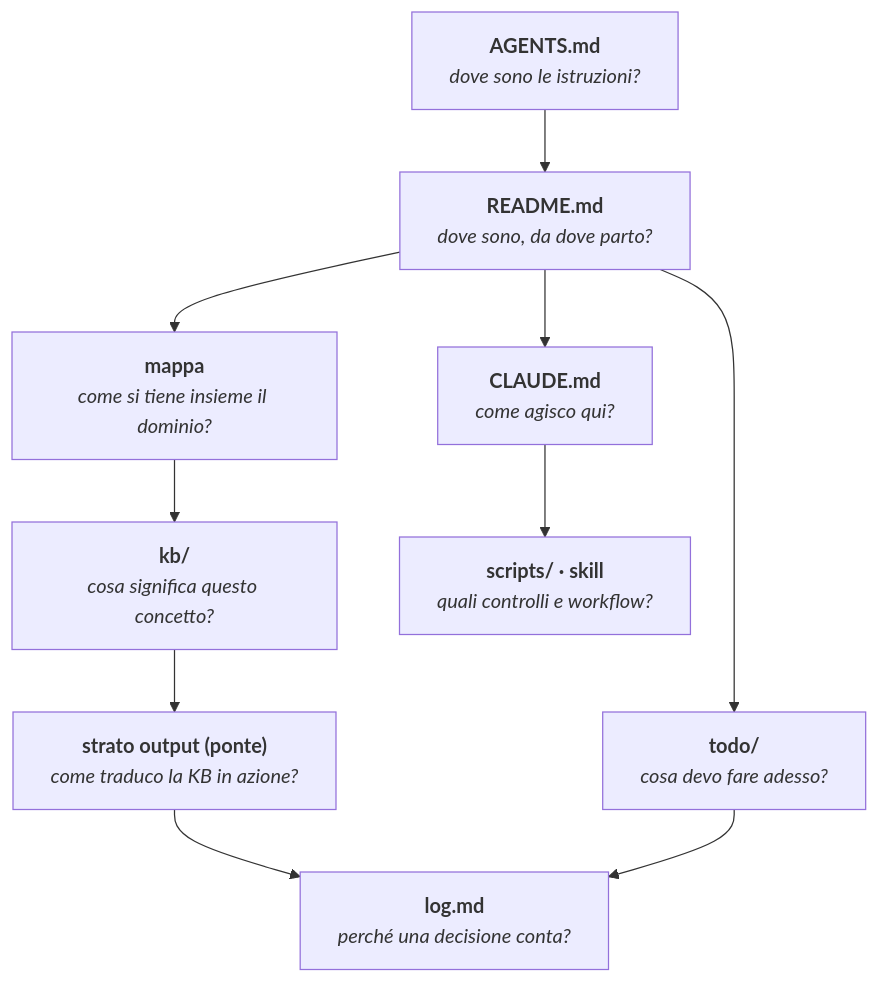
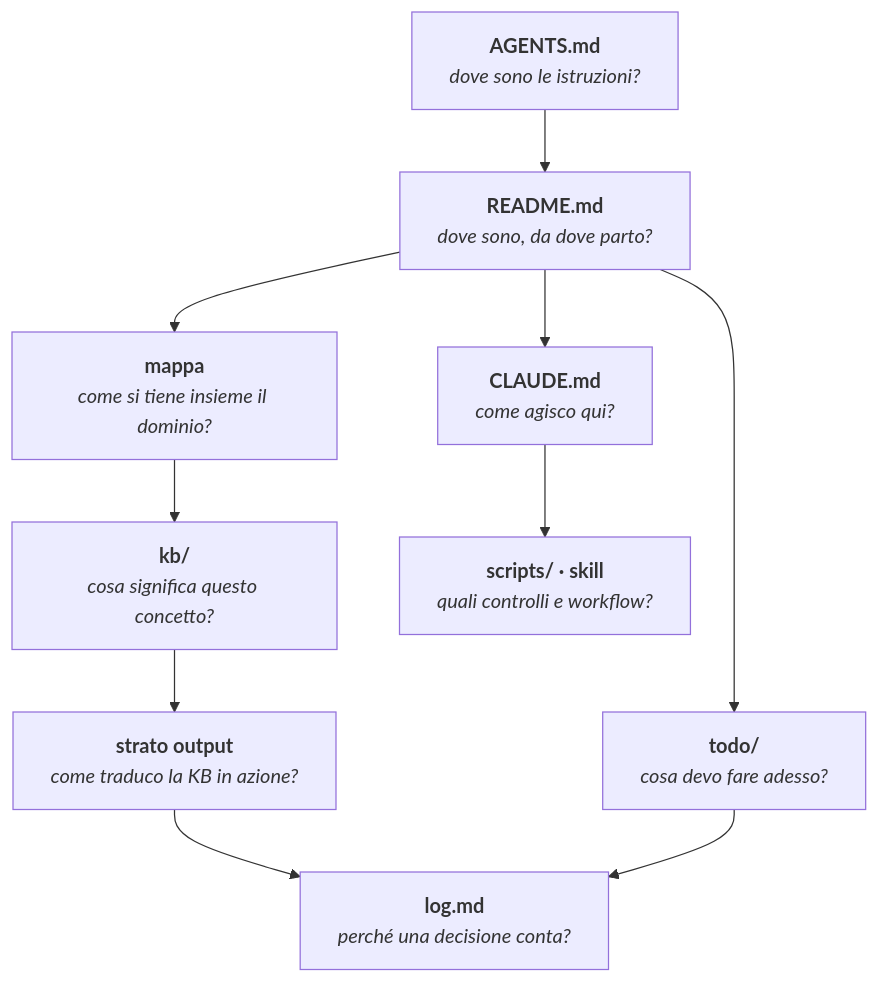
The third of 5 diagrams in presentazione/metodo-in-sintesi.md (steledama/method), drawn with Mermaid before and after one commit. The commit also changed other lines of this file and 18 other files, not shown here.

````diff
--- a/presentazione/metodo-in-sintesi.md
+++ b/presentazione/metodo-in-sintesi.md
@@ -52,22 +56,22 @@
 ```mermaid
 flowchart TB
     A["<b>AGENTS.md</b><br/><i>dove sono le istruzioni?</i>"]
     R["<b>README.md</b><br/><i>dove sono, da dove parto?</i>"]
     C["<b>CLAUDE.md</b><br/><i>come agisco qui?</i>"]
     MAP["<b>mappa</b><br/><i>come si tiene insieme il dominio?</i>"]
     KB["<b>kb/</b><br/><i>cosa significa questo concetto?</i>"]
     TODO["<b>todo/</b><br/><i>cosa devo fare adesso?</i>"]
     LOG["<b>log.md</b><br/><i>perché una decisione conta?</i>"]
     S["<b>scripts/ · skill</b><br/><i>quali controlli e workflow?</i>"]
-    OUT["<b>strato output (ponte)</b><br/><i>come traduco la KB in azione?</i>"]
+    OUT["<b>strato output</b><br/><i>come traduco la KB in azione?</i>"]
 
     A --> R
     R --> C
     R --> MAP
     R --> TODO
     MAP --> KB
     C --> S
     KB --> OUT
     OUT --> LOG
     TODO --> LOG
 ```
````
